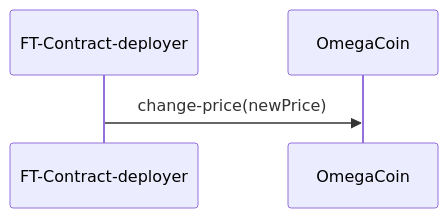
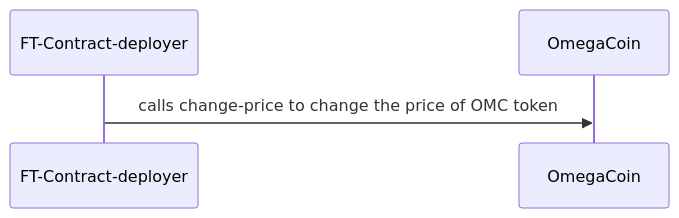
The diagram in 003-ft/clarinet-projects/arsalankhan/my-token-contract/diagrams/OmegaContractDeployer.mmd (tintash/clarity-projects), drawn with Mermaid before and after one commit. The commit also changed 2 other files, not shown here.

Commit message:
added testnet addresses of the contract transactions

```diff
--- a/003-ft/clarinet-projects/arsalankhan/my-token-contract/diagrams/OmegaContractDeployer.mmd
+++ b/003-ft/clarinet-projects/arsalankhan/my-token-contract/diagrams/OmegaContractDeployer.mmd
@@ -1,2 +1,2 @@
 sequenceDiagram
-  FT-Contract-deployer->>OmegaCoin: change-price(newPrice)
+  FT-Contract-deployer->>OmegaCoin: calls change-price to change the price of OMC token
```
